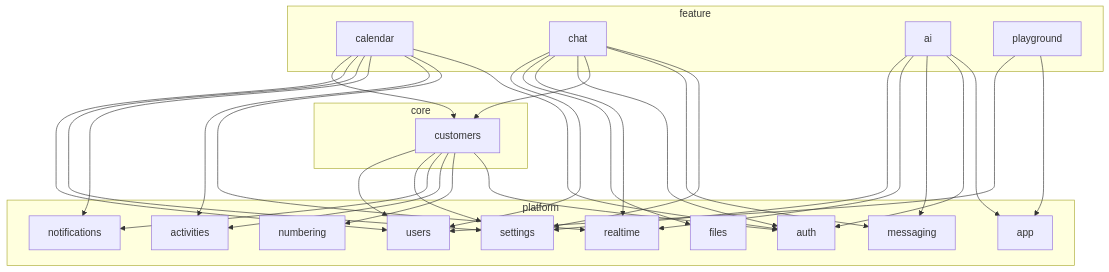
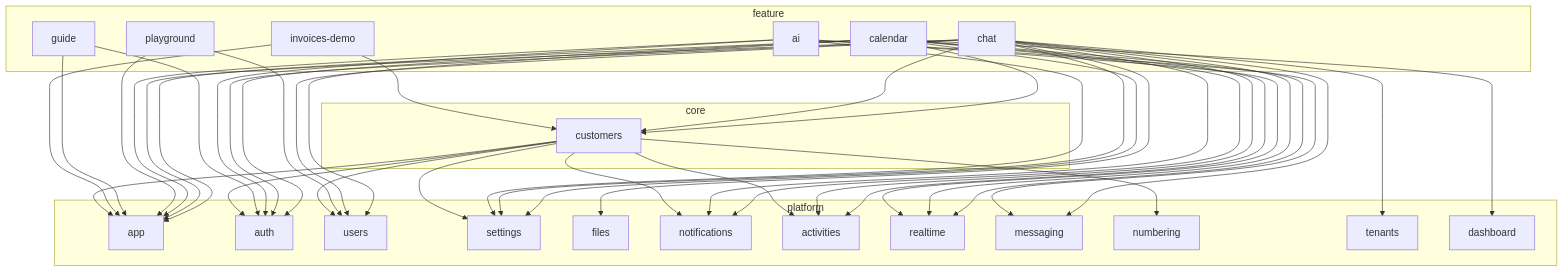
Before and after one commit to dentiman/tenantry: the diagram in docs/modules.md, drawn with Mermaid. The commit also changed other lines of this file and 13 other files, not shown here.

First line of the commit message:
Docs: bring roadmap, AGENTS.md and reference docs in line with the code

````diff
--- a/docs/modules.md
+++ b/docs/modules.md
@@ -52,30 +53,36 @@
 ```mermaid
 flowchart TB
   subgraph feature
     calendar
     chat
     ai
     playground
+    guide
+    invoices-demo
   end
   subgraph core
     customers
   end
   subgraph platform
     app
     auth
     users
     settings
     files
     notifications
     activities
     realtime
     messaging
     numbering
+    tenants
+    dashboard
   end
   calendar --> customers
-  calendar --> users & settings & notifications & activities & realtime & auth
-  chat --> users & files & realtime & auth & customers & messaging & settings
+  calendar --> users & settings & notifications & activities & realtime & auth & app & dashboard
+  chat --> users & files & realtime & auth & customers & messaging & settings & activities & notifications & tenants & app
   ai --> settings & realtime & messaging & auth & app
   playground --> users & app
-  customers --> users & settings & notifications & activities & numbering & auth
+  guide --> app & auth
+  invoices-demo --> customers & app
+  customers --> users & settings & notifications & activities & numbering & auth & app
 ```
````
